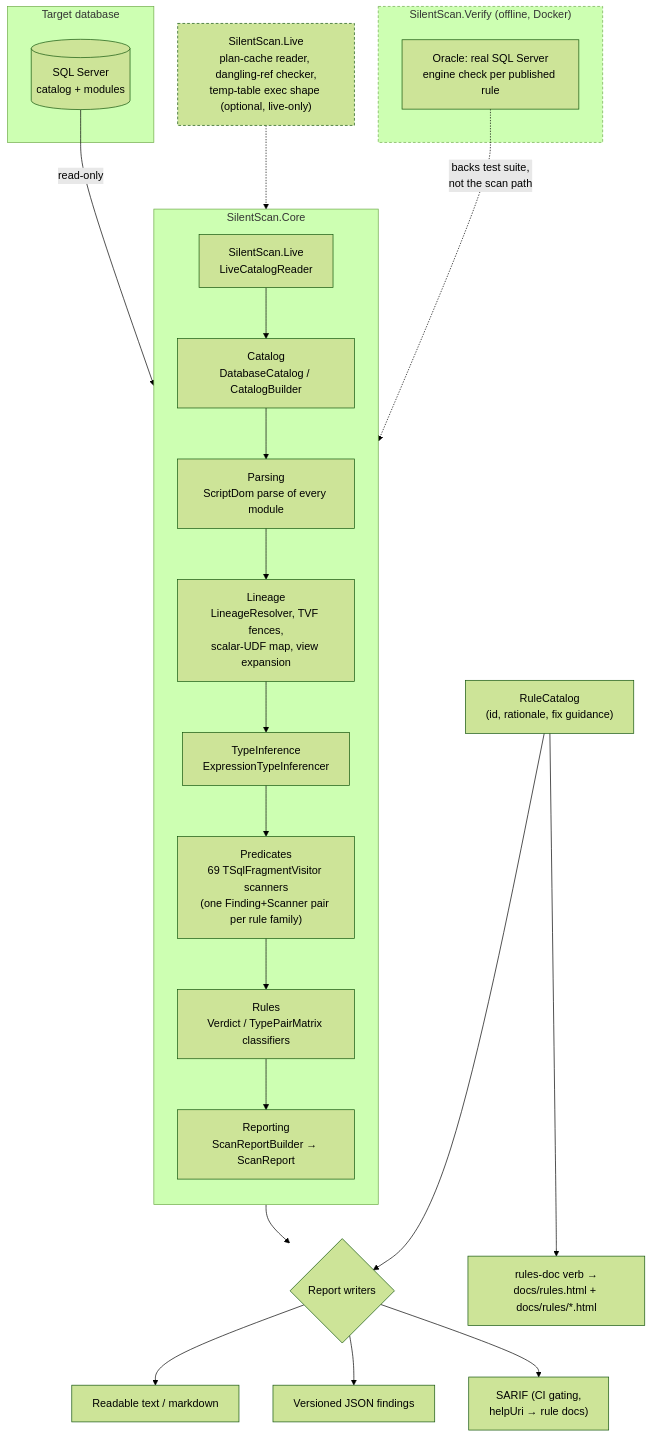
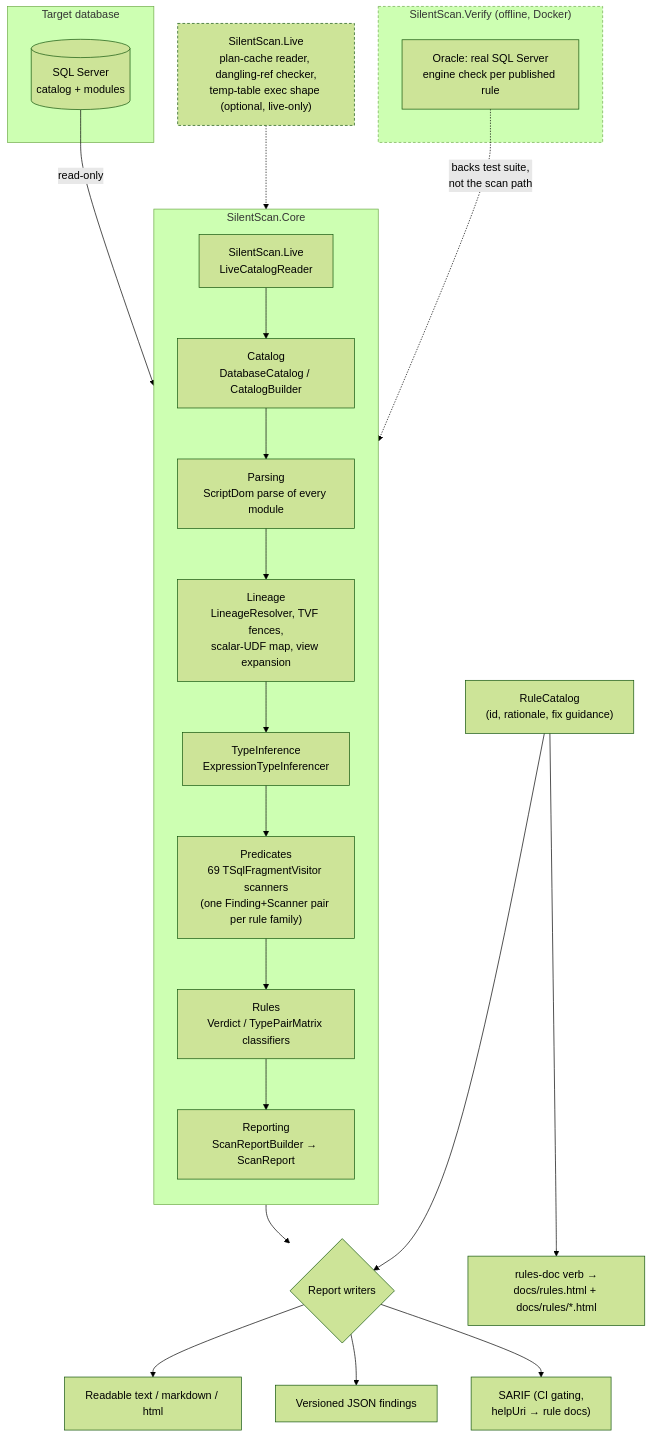
Before and after one commit to bhattumang7/mssql-silentscan: the diagram in README.md, drawn with Mermaid (forest theme). The commit also changed other lines of this file and 11 other files, not shown here.

````diff
--- a/README.md
+++ b/README.md
@@ -92,37 +94,37 @@
 ```mermaid
 flowchart TD
     subgraph Input["Target database"]
         DB[(SQL Server<br/>catalog + modules)]
     end
 
     DB -->|read-only| LCR["SilentScan.Live<br/>LiveCatalogReader"]
 
     subgraph Core["SilentScan.Core"]
         direction TB
         LCR --> CAT["Catalog<br/>DatabaseCatalog / CatalogBuilder"]
         CAT --> PARSE["Parsing<br/>ScriptDom parse of every module"]
         PARSE --> LIN["Lineage<br/>LineageResolver, TVF fences,<br/>scalar-UDF map, view expansion"]
         LIN --> TYPE["TypeInference<br/>ExpressionTypeInferencer"]
         TYPE --> PRED["Predicates<br/>69 TSqlFragmentVisitor scanners<br/>(one Finding+Scanner pair per rule family)"]
         PRED --> RULES["Rules<br/>Verdict / TypePairMatrix classifiers"]
         RULES --> SRB["Reporting<br/>ScanReportBuilder → ScanReport"]
     end
 
     LIVEEXTRA["SilentScan.Live<br/>plan-cache reader, dangling-ref checker,<br/>temp-table exec shape (optional, live-only)"] -.-> SRB
 
     SRB --> WRITERS{"Report writers"}
-    WRITERS --> TXT["Readable text / markdown"]
+    WRITERS --> TXT["Readable text / markdown / html"]
     WRITERS --> JSON["Versioned JSON findings"]
     WRITERS --> SARIF["SARIF (CI gating,<br/>helpUri → rule docs)"]
 
     RULECAT["RuleCatalog<br/>(id, rationale, fix guidance)"] --> WRITERS
     RULECAT --> RULEDOCS["rules-doc verb →<br/>docs/rules.html + docs/rules/*.html"]
 
     subgraph Verify["SilentScan.Verify (offline, Docker)"]
         ORACLE["Oracle: real SQL Server<br/>engine check per published rule"]
     end
     ORACLE -.->|backs test suite,<br/>not the scan path| PRED
 
     classDef opt stroke-dasharray: 4 3;
     class LIVEEXTRA,Verify opt;
 ```
````
